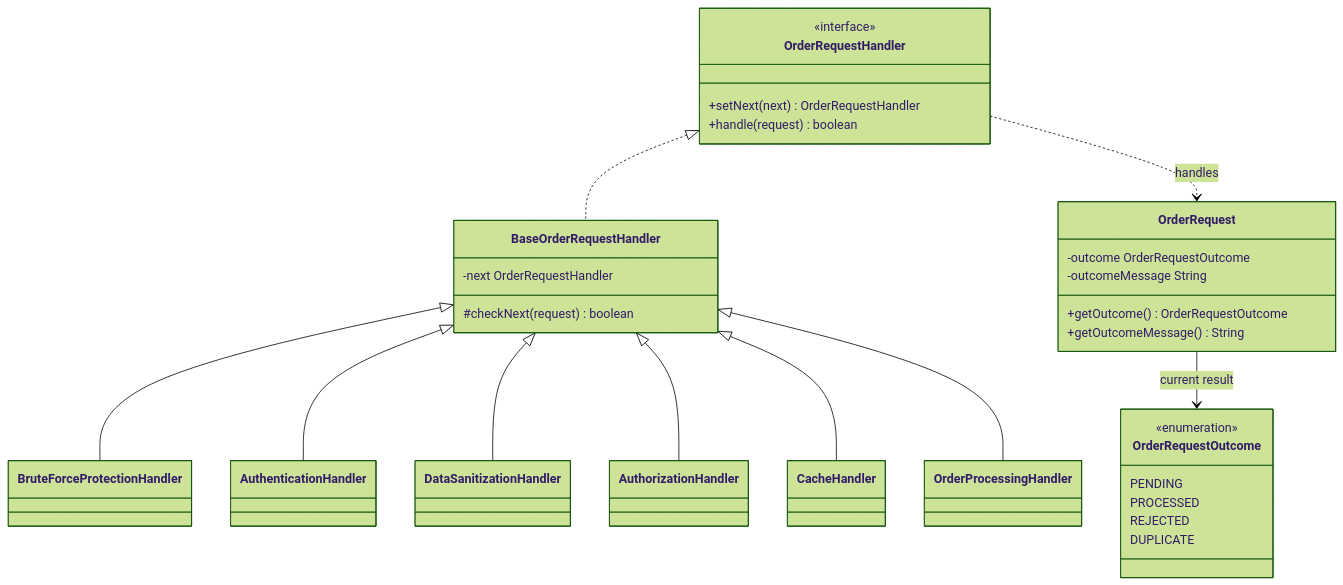
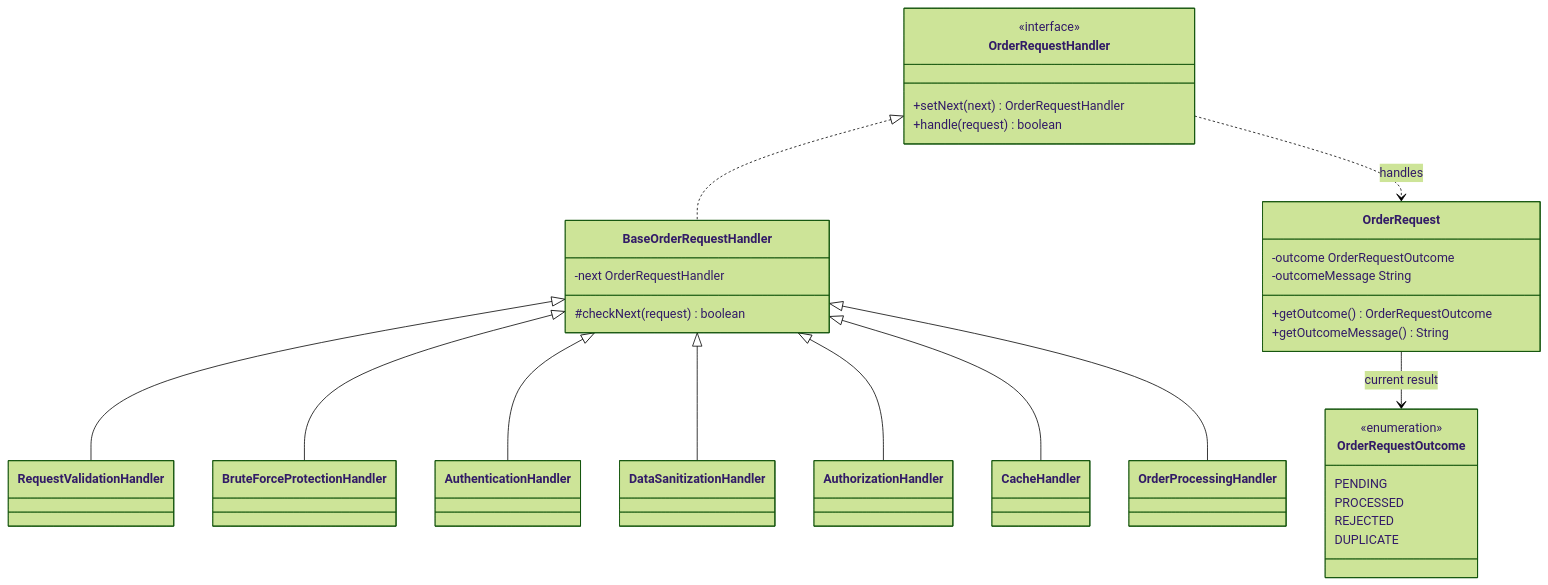
One commit to TunahanCan/design_pattern changed the first of 2 diagrams in src/main/java/com/can/behavirol/chainofresponsibility/explain/chainofresponsibility.md. Above: the diagram before and after it, drawn with Mermaid (forest theme). The commit also changed other lines of this file and 34 other files, not shown here.

````diff
--- a/src/main/java/com/can/behavirol/chainofresponsibility/explain/chainofresponsibility.md
+++ b/src/main/java/com/can/behavirol/chainofresponsibility/explain/chainofresponsibility.md
@@ -87,40 +88,42 @@
 ```mermaid
 classDiagram
     class OrderRequestHandler {
         <<interface>>
         +setNext(next) OrderRequestHandler
         +handle(request) boolean
     }
     class BaseOrderRequestHandler {
         -next OrderRequestHandler
         #checkNext(request) boolean
     }
+    class RequestValidationHandler
     class BruteForceProtectionHandler
     class AuthenticationHandler
     class DataSanitizationHandler
     class AuthorizationHandler
     class CacheHandler
     class OrderProcessingHandler
     class OrderRequest {
         -outcome OrderRequestOutcome
         -outcomeMessage String
         +getOutcome() OrderRequestOutcome
         +getOutcomeMessage() String
     }
     class OrderRequestOutcome {
         <<enumeration>>
         PENDING
         PROCESSED
         REJECTED
         DUPLICATE
     }
     OrderRequestHandler <|.. BaseOrderRequestHandler
+    BaseOrderRequestHandler <|-- RequestValidationHandler
     BaseOrderRequestHandler <|-- BruteForceProtectionHandler
     BaseOrderRequestHandler <|-- AuthenticationHandler
     BaseOrderRequestHandler <|-- DataSanitizationHandler
     BaseOrderRequestHandler <|-- AuthorizationHandler
     BaseOrderRequestHandler <|-- CacheHandler
     BaseOrderRequestHandler <|-- OrderProcessingHandler
     OrderRequestHandler ..> OrderRequest : handles
     OrderRequest --> OrderRequestOutcome : current result
 ```
````
